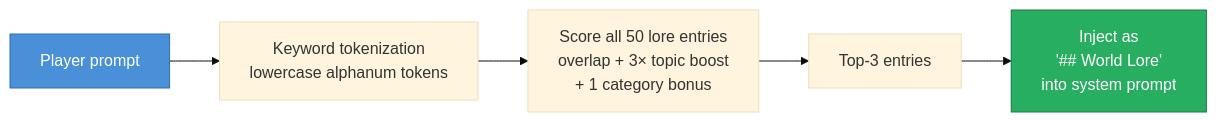
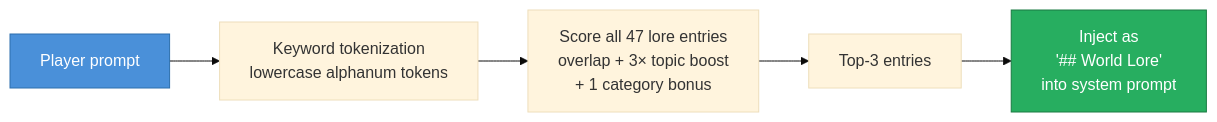
The eighth of 11 diagrams in server/ARCHITECTURE.md (Zaexv/world-of-prompcraft), drawn with Mermaid (base theme) before and after one commit. The commit also changed other lines of this file and 61 other files, not shown here.

````diff
--- a/server/ARCHITECTURE.md
+++ b/server/ARCHITECTURE.md
@@ -305,13 +305,13 @@
 ```mermaid
 flowchart LR
     prompt["Player prompt"]
     tokenize["Keyword tokenization\nlowercase alphanum tokens"]
-    score["Score all 50 lore entries\noverlap + 3× topic boost\n+ 1 category bonus"]
+    score["Score all 47 lore entries\noverlap + 3× topic boost\n+ 1 category bonus"]
     top3["Top-3 entries"]
     inject["Inject as\n'## World Lore'\ninto system prompt"]
 
     prompt --> tokenize --> score --> top3 --> inject
 
     style prompt fill:#4a90d9,color:#fff,stroke:#2c6fad
     style inject fill:#27ae60,color:#fff,stroke:#1a7a42
 ```
````
